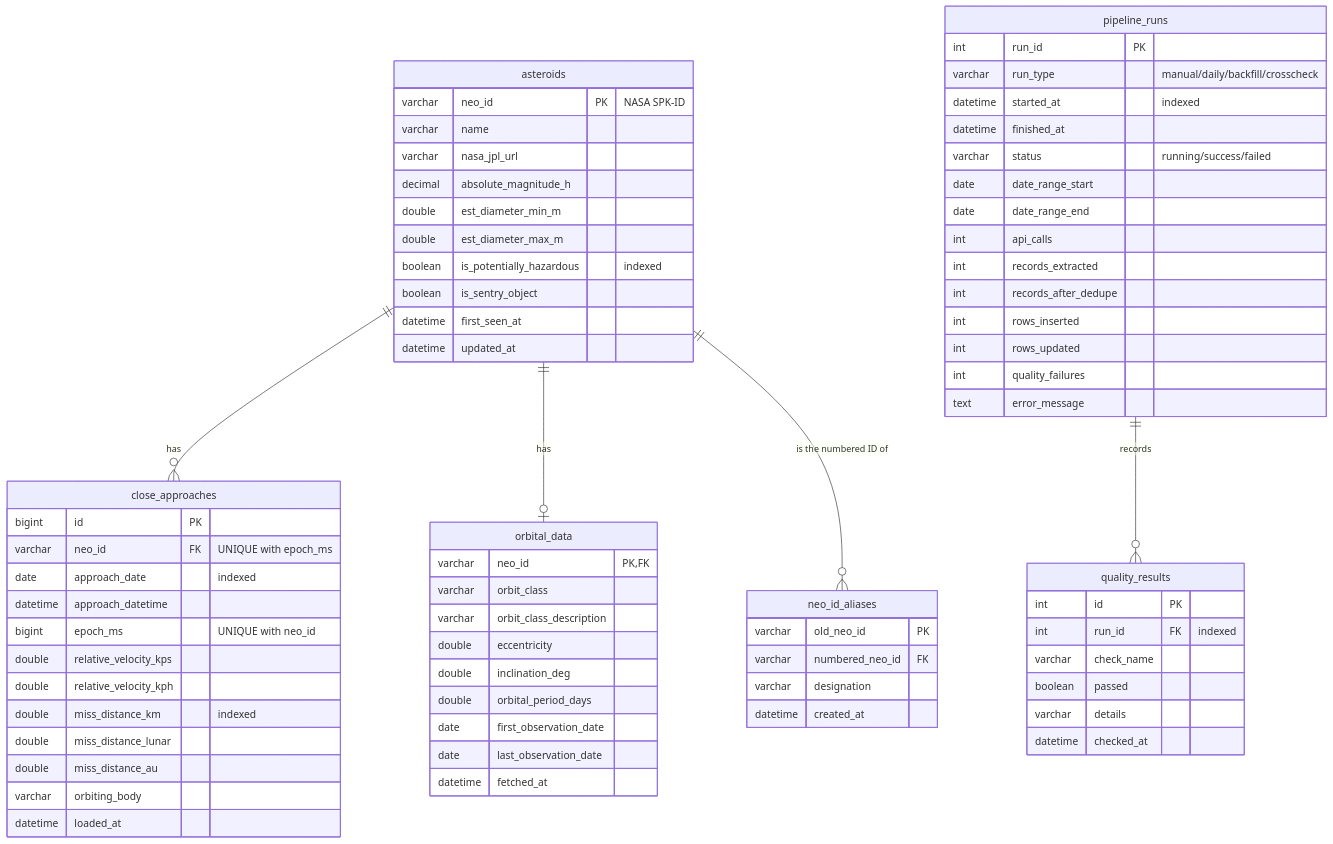
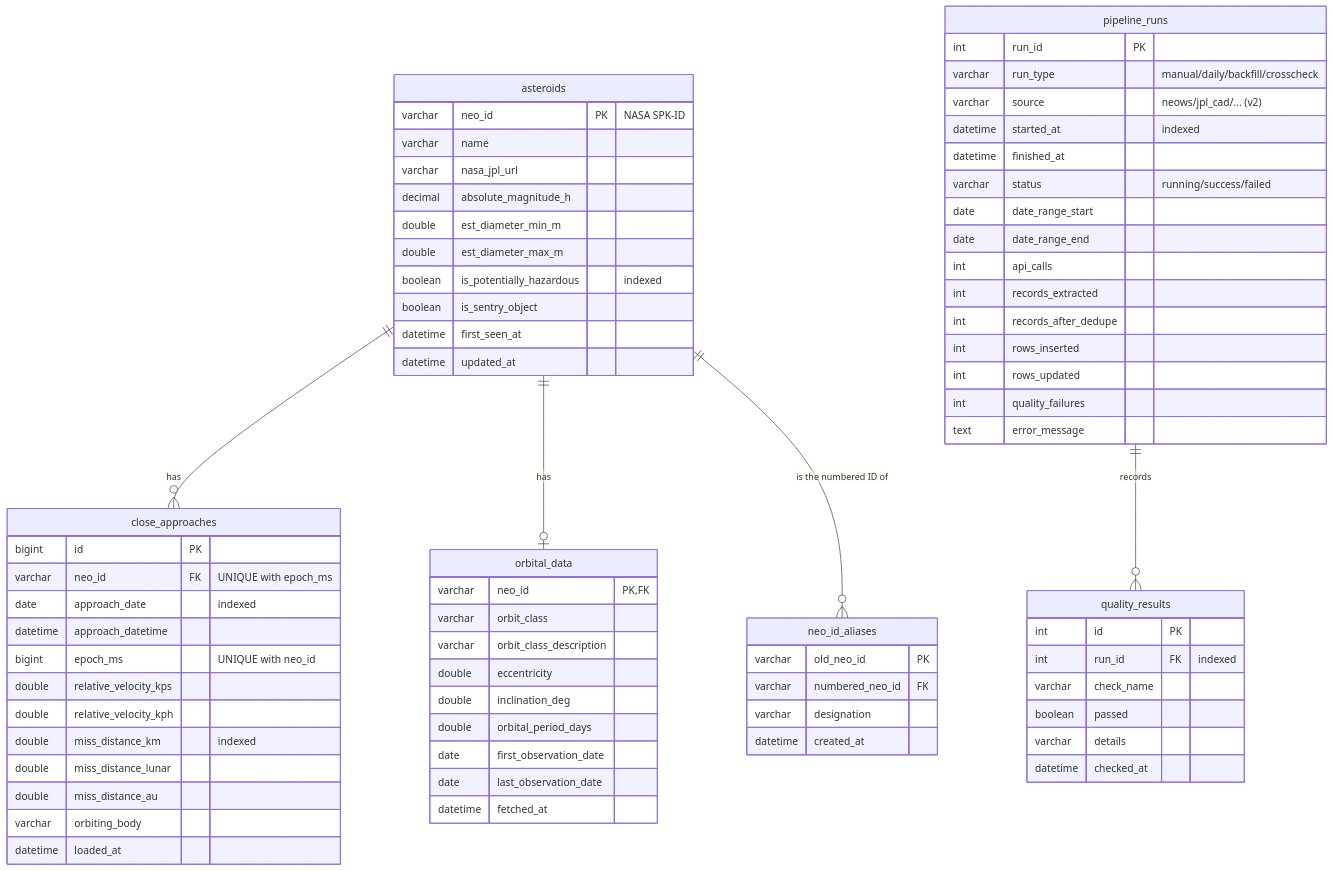
Before and after one commit to rebeccasaxena0908-netizen/asteroid-watch: the diagram in docs/er_diagram.md, drawn with Mermaid. The commit also changed other lines of this file and 24 other files, not shown here.

````diff
--- a/docs/er_diagram.md
+++ b/docs/er_diagram.md
@@ -5,75 +5,76 @@
 ```mermaid
 erDiagram
     asteroids ||--o{ close_approaches : "has"
     asteroids ||--o| orbital_data : "has"
     asteroids ||--o{ neo_id_aliases : "is the numbered ID of"
     pipeline_runs ||--o{ quality_results : "records"
 
     asteroids {
         varchar neo_id PK "NASA SPK-ID"
         varchar name
         varchar nasa_jpl_url
         decimal absolute_magnitude_h
         double est_diameter_min_m
         double est_diameter_max_m
         boolean is_potentially_hazardous "indexed"
         boolean is_sentry_object
         datetime first_seen_at
         datetime updated_at
     }
     close_approaches {
         bigint id PK
         varchar neo_id FK "UNIQUE with epoch_ms"
         date approach_date "indexed"
         datetime approach_datetime
         bigint epoch_ms "UNIQUE with neo_id"
         double relative_velocity_kps
         double relative_velocity_kph
         double miss_distance_km "indexed"
         double miss_distance_lunar
         double miss_distance_au
         varchar orbiting_body
         datetime loaded_at
     }
     orbital_data {
         varchar neo_id PK, FK
         varchar orbit_class
         varchar orbit_class_description
         double eccentricity
         double inclination_deg
         double orbital_period_days
         date first_observation_date
         date last_observation_date
         datetime fetched_at
     }
     neo_id_aliases {
         varchar old_neo_id PK
         varchar numbered_neo_id FK
         varchar designation
         datetime created_at
     }
     pipeline_runs {
         int run_id PK
         varchar run_type "manual/daily/backfill/crosscheck"
+        varchar source "neows/jpl_cad/... (v2)"
         datetime started_at "indexed"
         datetime finished_at
         varchar status "running/success/failed"
         date date_range_start
         date date_range_end
         int api_calls
         int records_extracted
         int records_after_dedupe
         int rows_inserted
         int rows_updated
         int quality_failures
         text error_message
     }
     quality_results {
         int id PK
         int run_id FK "indexed"
         varchar check_name
         boolean passed
         varchar details
         datetime checked_at
     }
 ```
````
